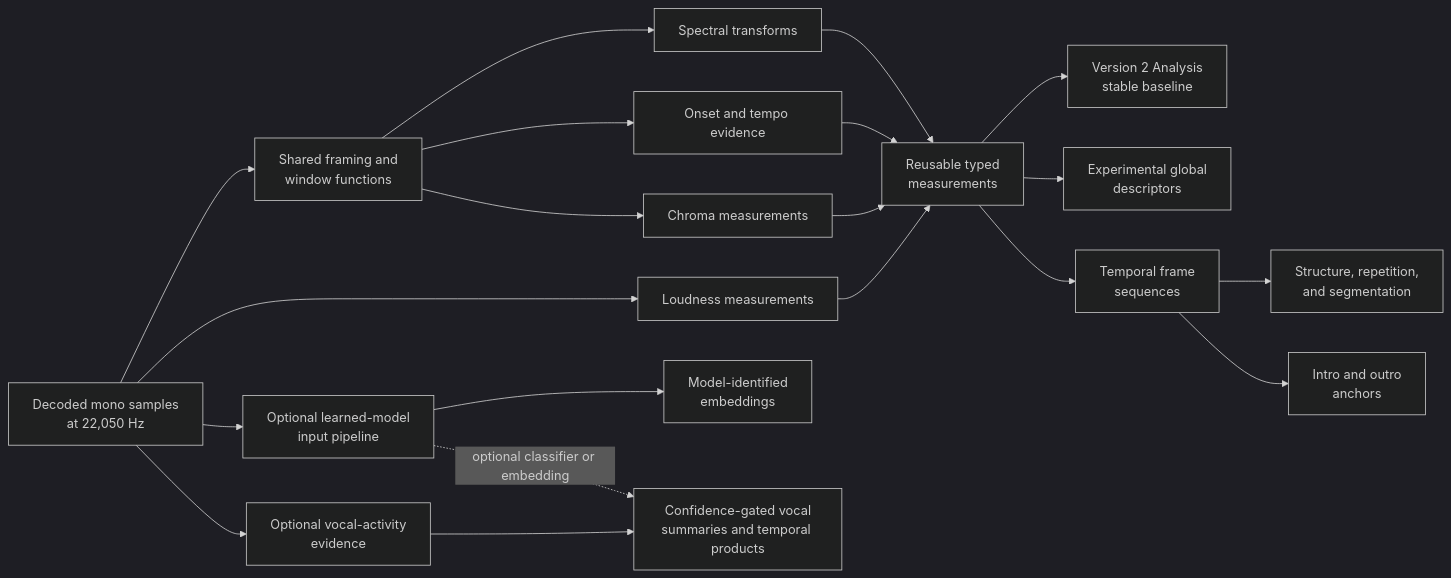
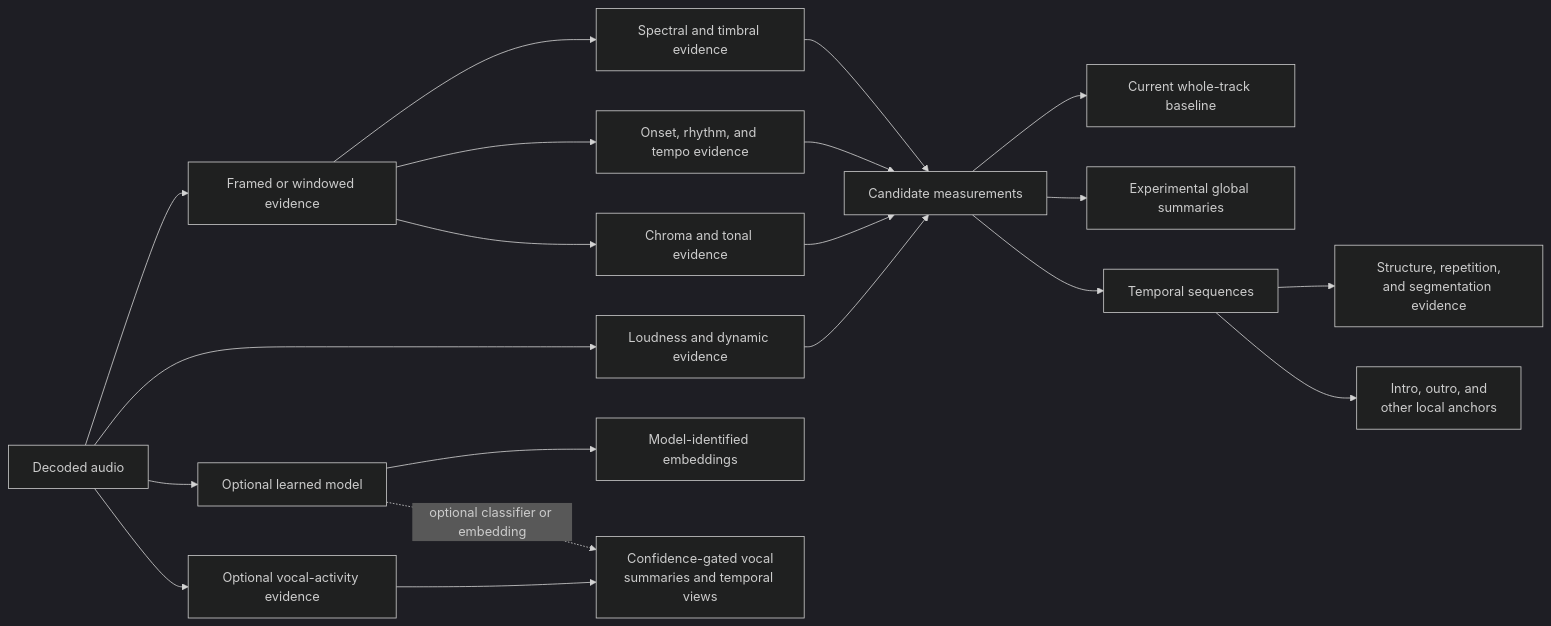
Before and after one commit to chrober/bliss-similarity-design: the diagram in docs/analysis/api-and-pipeline.md, drawn with Mermaid (dark theme). The commit also changed other lines of this file and 20 other files, not shown here.

````diff
--- a/docs/analysis/api-and-pipeline.md
+++ b/docs/analysis/api-and-pipeline.md
@@ -109,28 +65,28 @@
 ```mermaid
 flowchart LR
-    S[Decoded mono samples<br/>at 22,050 Hz] --> F[Shared framing and<br/>window functions]
+    S[Decoded audio] --> F[Framed or windowed evidence]
 
-    F --> SP[Spectral transforms]
-    F --> ON[Onset and tempo evidence]
-    S --> LO[Loudness measurements]
-    F --> CH[Chroma measurements]
+    F --> SP[Spectral and timbral evidence]
+    F --> ON[Onset, rhythm, and tempo evidence]
+    S --> LO[Loudness and dynamic evidence]
+    F --> CH[Chroma and tonal evidence]
 
-    SP --> M[Reusable typed<br/>measurements]
+    SP --> M[Candidate measurements]
     ON --> M
     LO --> M
     CH --> M
 
-    M --> BASE[Version 2 Analysis<br/>stable baseline]
-    M --> GLOBAL[Experimental global<br/>descriptors]
-    M --> FRAMES[Temporal frame<br/>sequences]
+    M --> BASE[Current whole-track baseline]
+    M --> GLOBAL[Experimental global summaries]
+    M --> FRAMES[Temporal sequences]
 
-    FRAMES --> STRUCT[Structure, repetition,<br/>and segmentation]
-    FRAMES --> ANCHOR[Intro and outro<br/>anchors]
+    FRAMES --> STRUCT[Structure, repetition,<br/>and segmentation evidence]
+    FRAMES --> ANCHOR[Intro, outro, and<br/>other local anchors]
 
-    S --> MODEL[Optional learned-model<br/>input pipeline]
-    MODEL --> EMBED[Model-identified<br/>embeddings]
+    S --> MODEL[Optional learned model]
+    MODEL --> EMBED[Model-identified embeddings]
 
-    S --> VDET[Optional vocal-activity<br/>evidence]
-    VDET --> VOCAL[Confidence-gated vocal<br/>summaries and temporal products]
+    S --> VDET[Optional vocal-activity evidence]
+    VDET --> VOCAL[Confidence-gated vocal<br/>summaries and temporal views]
     MODEL -. optional classifier or embedding .-> VOCAL
 ```
````
